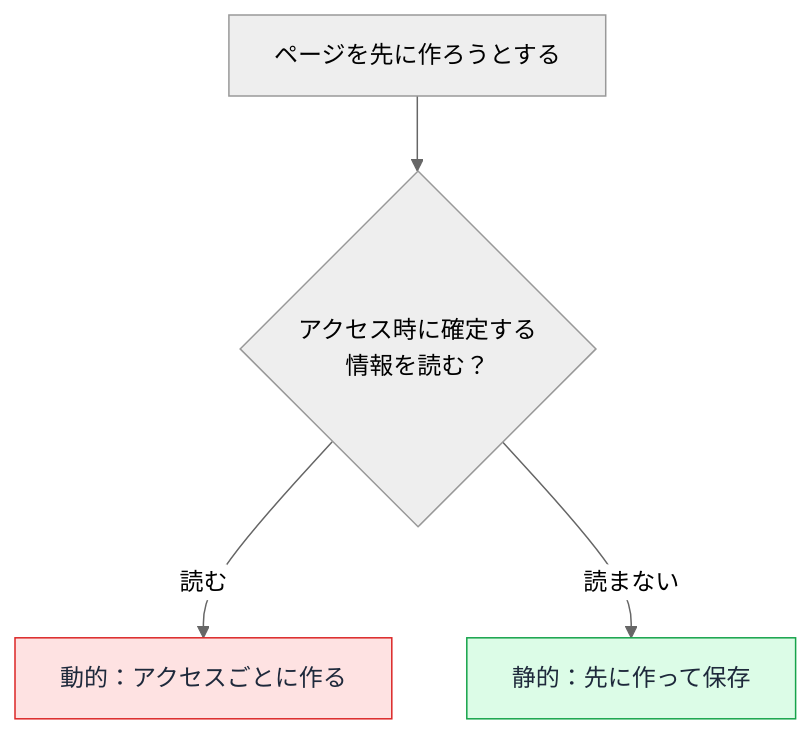
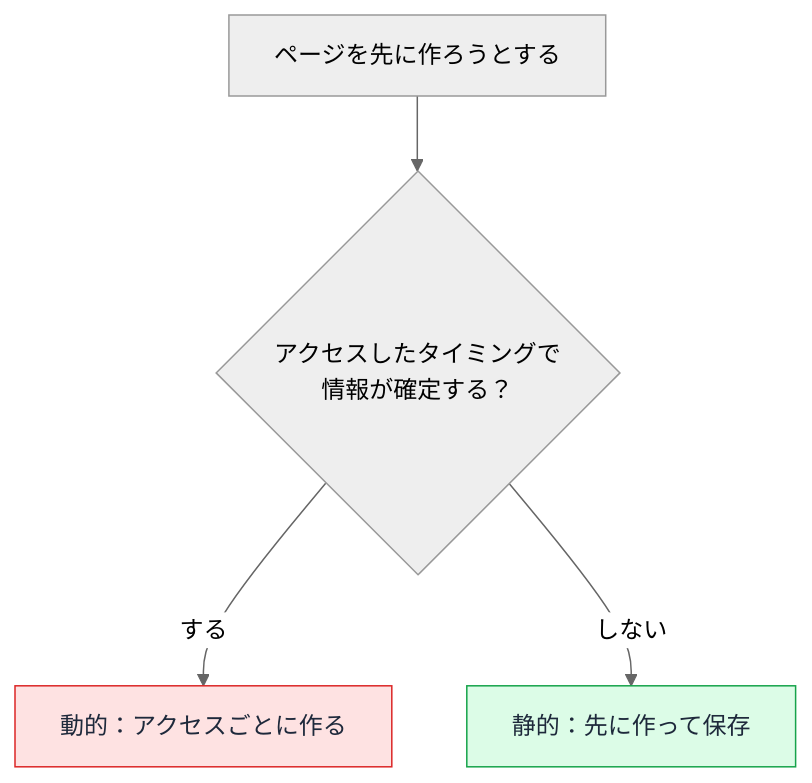
The second of 3 diagrams in docs/drafts/106/index.md (ozaki25/web-front-training-ozaki25), drawn with Mermaid (neutral theme) before and after one commit. The commit also changed other lines of this file, not shown here.

Commit message:
106: 判定の図を「アクセスしたタイミングで情報が確定する？」に変更、本文も確定ベースに統一

````diff
--- a/docs/drafts/106/index.md
+++ b/docs/drafts/106/index.md
@@ -72,8 +72,8 @@
 ```mermaid
 flowchart TD
-    P["ページを先に作ろうとする"] --> Q{"アクセス時に確定する<br/>情報を読む？"}
-    Q -->|読む| D["動的：アクセスごとに作る"]
-    Q -->|読まない| S["静的：先に作って保存"]
+    P["ページを先に作ろうとする"] --> Q{"アクセスしたタイミングで<br/>情報が確定する？"}
+    Q -->|する| D["動的：アクセスごとに作る"]
+    Q -->|しない| S["静的：先に作って保存"]
     style D fill:#fee2e2,color:#1e293b,stroke:#dc2626
     style S fill:#dcfce7,color:#1e293b,stroke:#16a34a
 ```
````
